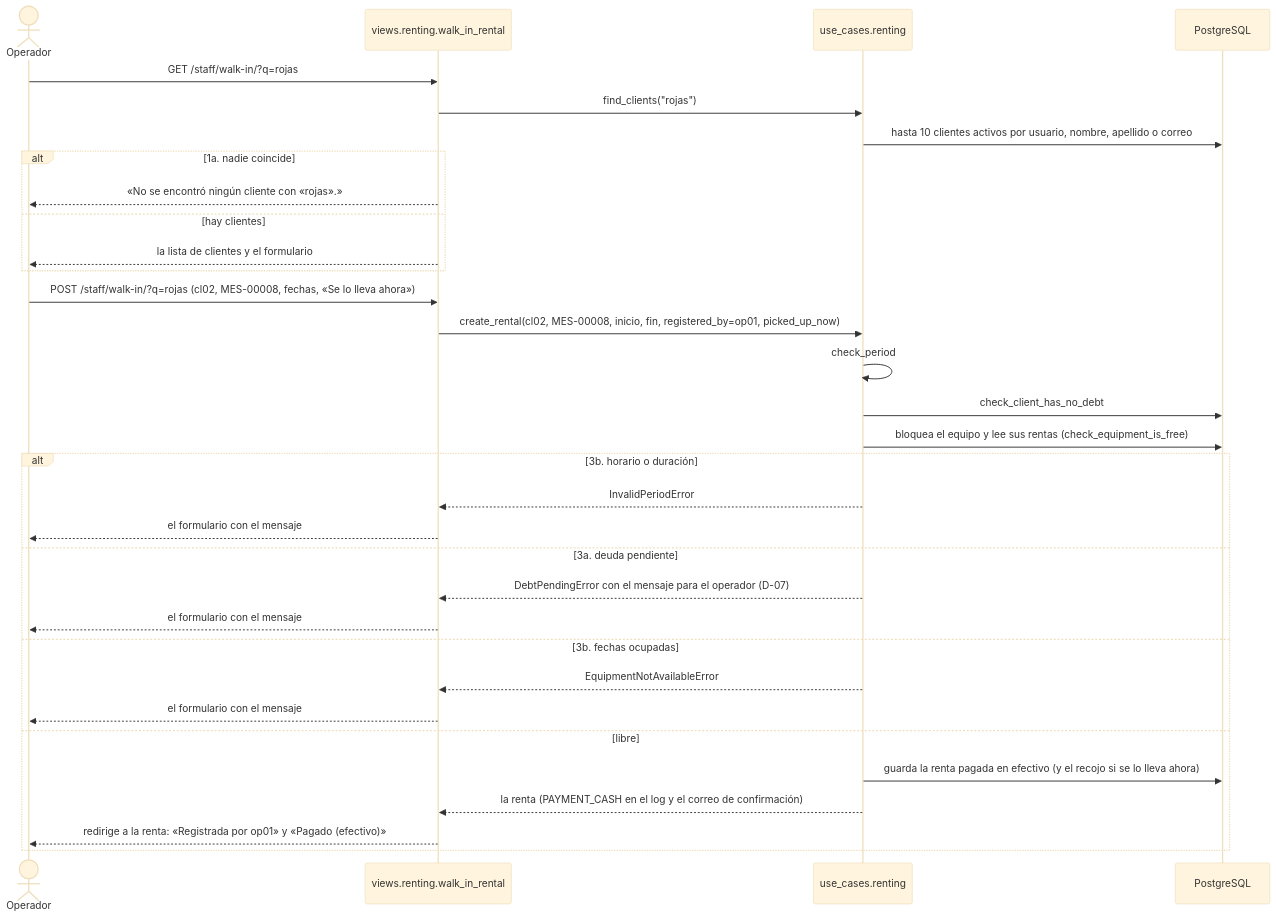
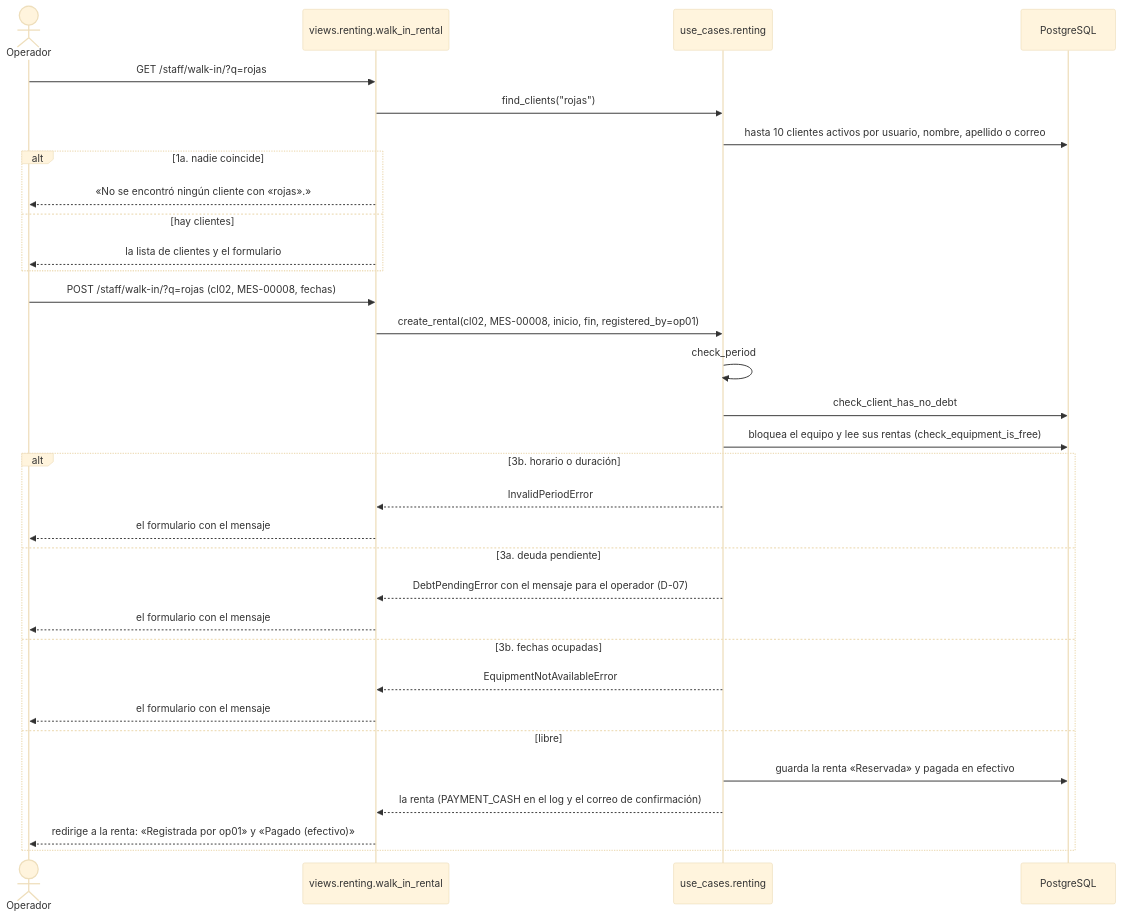
Before and after one commit to peterteranb/astra-rent-system: the sixth of 17 diagrams in docs/casos-de-uso.md, drawn with Mermaid (base theme). The commit also changed other lines of this file and 12 other files, not shown here.

````diff
--- a/docs/casos-de-uso.md
+++ b/docs/casos-de-uso.md
@@ -321,34 +321,34 @@
 ```mermaid
 sequenceDiagram
     actor O as Operador
     participant V as views.renting.walk_in_rental
     participant U as use_cases.renting
     participant BD as PostgreSQL
     O->>V: GET /staff/walk-in/?q=rojas
     V->>U: find_clients("rojas")
     U->>BD: hasta 10 clientes activos por usuario, nombre, apellido o correo
     alt 1a. nadie coincide
         V-->>O: «No se encontró ningún cliente con «rojas».»
     else hay clientes
         V-->>O: la lista de clientes y el formulario
     end
-    O->>V: POST /staff/walk-in/?q=rojas (cl02, MES-00008, fechas, «Se lo lleva ahora»)
-    V->>U: create_rental(cl02, MES-00008, inicio, fin, registered_by=op01, picked_up_now)
+    O->>V: POST /staff/walk-in/?q=rojas (cl02, MES-00008, fechas)
+    V->>U: create_rental(cl02, MES-00008, inicio, fin, registered_by=op01)
     U->>U: check_period
     U->>BD: check_client_has_no_debt
     U->>BD: bloquea el equipo y lee sus rentas (check_equipment_is_free)
     alt 3b. horario o duración
         U-->>V: InvalidPeriodError
         V-->>O: el formulario con el mensaje
     else 3a. deuda pendiente
         U-->>V: DebtPendingError con el mensaje para el operador (D-07)
         V-->>O: el formulario con el mensaje
     else 3b. fechas ocupadas
         U-->>V: EquipmentNotAvailableError
         V-->>O: el formulario con el mensaje
     else libre
-        U->>BD: guarda la renta pagada en efectivo (y el recojo si se lo lleva ahora)
+        U->>BD: guarda la renta «Reservada» y pagada en efectivo
         U-->>V: la renta (PAYMENT_CASH en el log y el correo de confirmación)
         V-->>O: redirige a la renta: «Registrada por op01» y «Pagado (efectivo)»
     end
 ```
````
